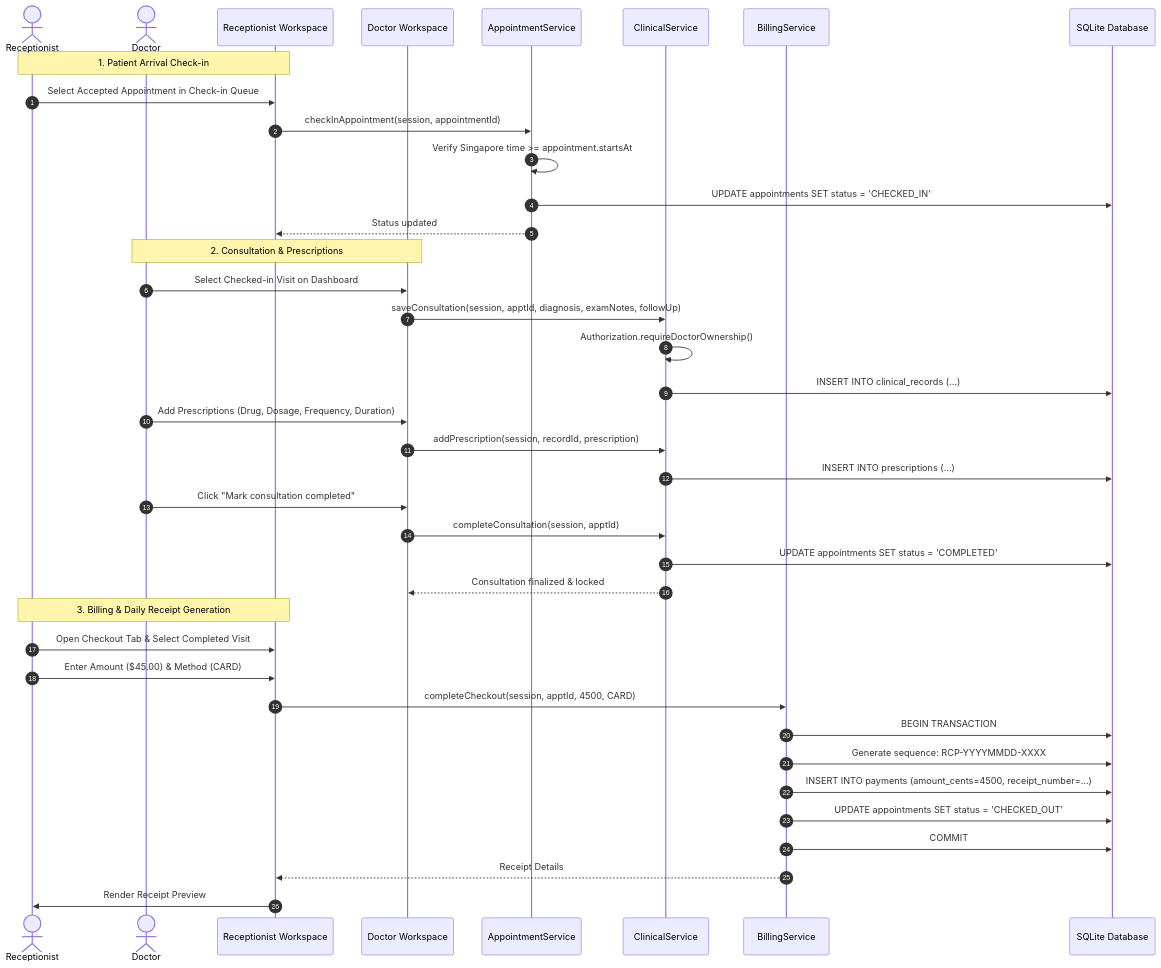
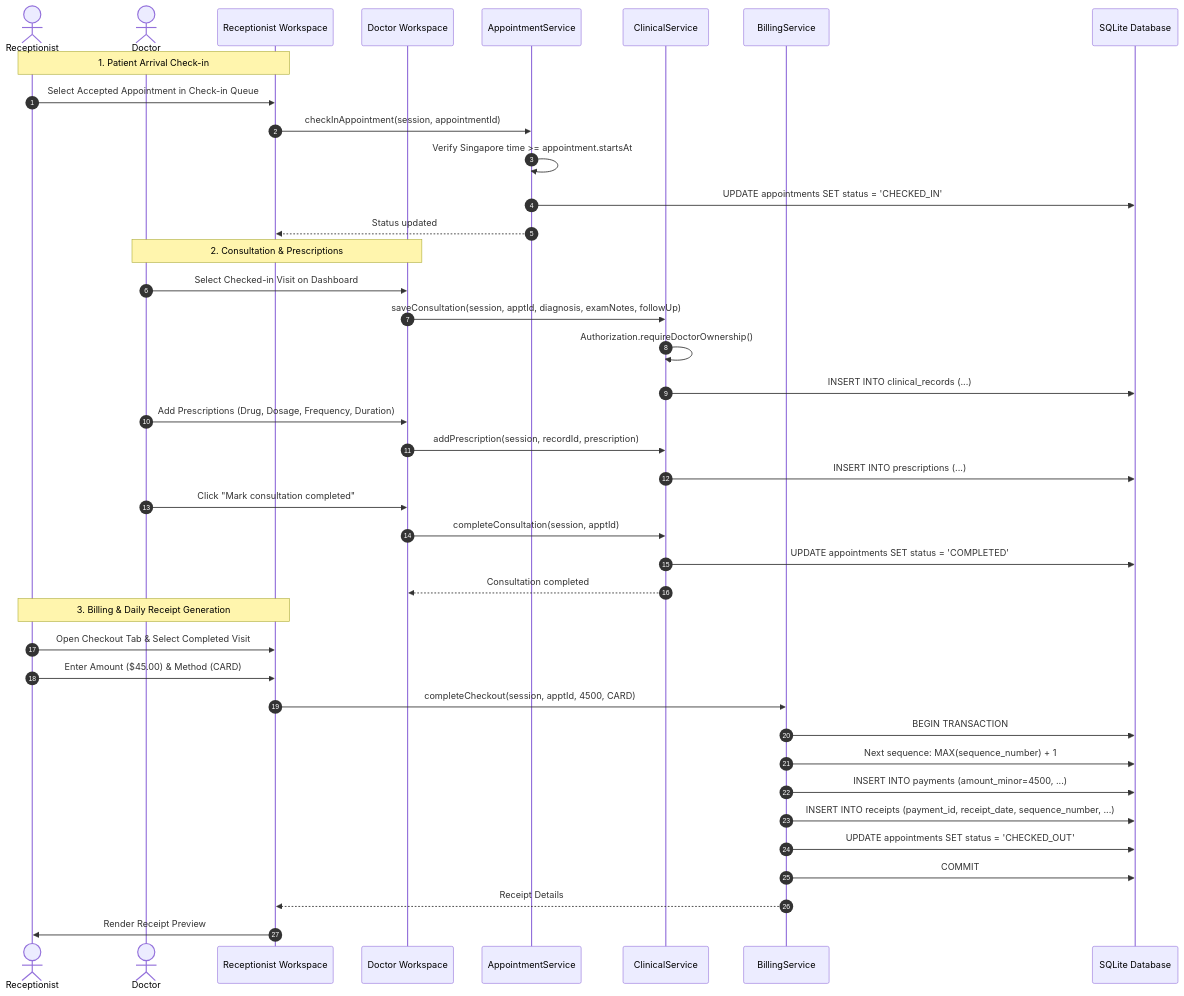
Diagram 12 of 13 in docs/ArchitectureAndDesign.md (CS3227-2610-MP2-NUSynapxe/CS3227-2610-MP2), drawn with Mermaid before and after one commit. The commit also changed other lines of this file and 4 other files, not shown here.

````diff
--- a/docs/ArchitectureAndDesign.md
+++ b/docs/ArchitectureAndDesign.md
@@ -544,44 +544,45 @@
 ```mermaid
 sequenceDiagram
     autonumber
     actor Receptionist
     actor Doctor
     participant UI_R as Receptionist Workspace
     participant UI_D as Doctor Workspace
     participant ApptSvc as AppointmentService
     participant ClinSvc as ClinicalService
     participant BillSvc as BillingService
     participant DB as SQLite Database
 
     Note over Receptionist, UI_R: 1. Patient Arrival Check-in
     Receptionist->>UI_R: Select Accepted Appointment in Check-in Queue
     UI_R->>ApptSvc: checkInAppointment(session, appointmentId)
     ApptSvc->>ApptSvc: Verify Singapore time >= appointment.startsAt
     ApptSvc->>DB: UPDATE appointments SET status = 'CHECKED_IN'
     ApptSvc-->>UI_R: Status updated
 
     Note over Doctor, UI_D: 2. Consultation & Prescriptions
     Doctor->>UI_D: Select Checked-in Visit on Dashboard
     UI_D->>ClinSvc: saveConsultation(session, apptId, diagnosis, examNotes, followUp)
     ClinSvc->>ClinSvc: Authorization.requireDoctorOwnership()
     ClinSvc->>DB: INSERT INTO clinical_records (...)
     Doctor->>UI_D: Add Prescriptions (Drug, Dosage, Frequency, Duration)
     UI_D->>ClinSvc: addPrescription(session, recordId, prescription)
     ClinSvc->>DB: INSERT INTO prescriptions (...)
     Doctor->>UI_D: Click "Mark consultation completed"
     UI_D->>ClinSvc: completeConsultation(session, apptId)
     ClinSvc->>DB: UPDATE appointments SET status = 'COMPLETED'
-    ClinSvc-->>UI_D: Consultation finalized & locked
+    ClinSvc-->>UI_D: Consultation completed
 
     Note over Receptionist, UI_R: 3. Billing & Daily Receipt Generation
     Receptionist->>UI_R: Open Checkout Tab & Select Completed Visit
     Receptionist->>UI_R: Enter Amount ($45.00) & Method (CARD)
     UI_R->>BillSvc: completeCheckout(session, apptId, 4500, CARD)
     BillSvc->>DB: BEGIN TRANSACTION
-    BillSvc->>DB: Generate sequence: RCP-YYYYMMDD-XXXX
-    BillSvc->>DB: INSERT INTO payments (amount_cents=4500, receipt_number=...)
+    BillSvc->>DB: Next sequence: MAX(sequence_number) + 1
+    BillSvc->>DB: INSERT INTO payments (amount_minor=4500, ...)
+    BillSvc->>DB: INSERT INTO receipts (payment_id, receipt_date, sequence_number, ...)
     BillSvc->>DB: UPDATE appointments SET status = 'CHECKED_OUT'
     BillSvc->>DB: COMMIT
     BillSvc-->>UI_R: Receipt Details
     UI_R->>Receptionist: Render Receipt Preview
 ```
````
